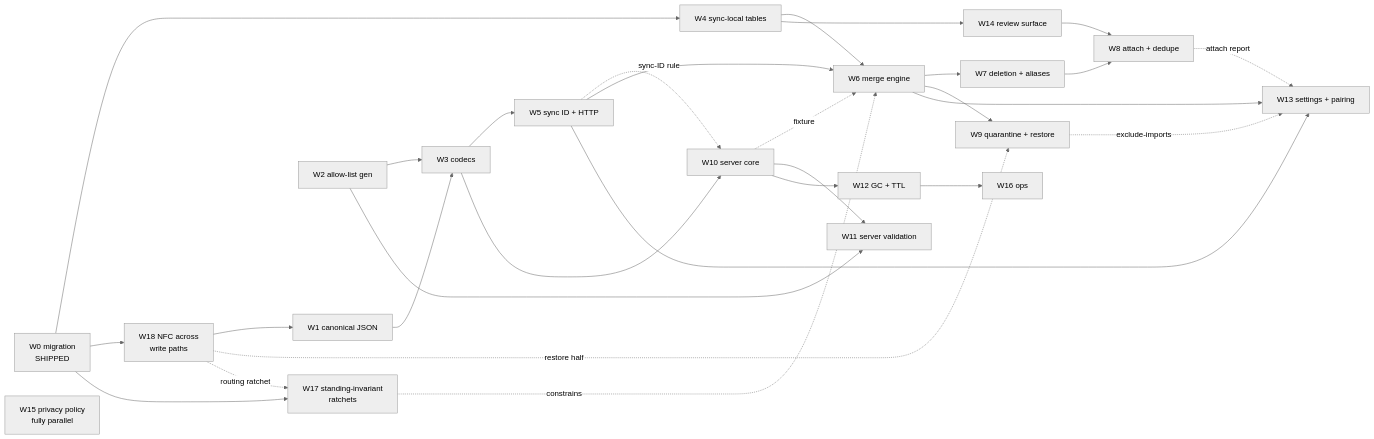
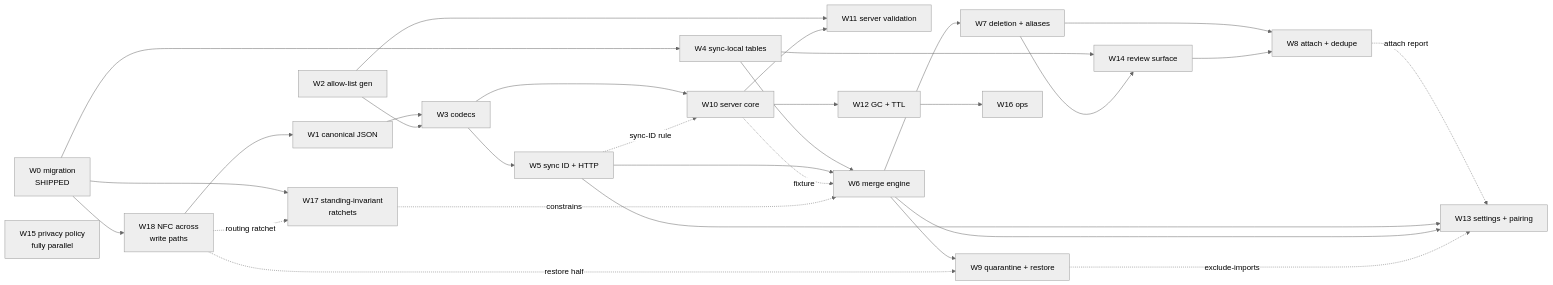
The diagram in docs/design/sync-implementation.md (ibanner56/CallersCompendium), drawn with Mermaid (neutral theme) before and after one commit. The commit also changed other lines of this file and 129 other files, not shown here.

````diff
--- a/docs/design/sync-implementation.md
+++ b/docs/design/sync-implementation.md
@@ -1315,32 +1337,33 @@
 ```mermaid
 graph LR
   W0[W0 migration<br/>SHIPPED] --> W4[W4 sync-local tables]
   W0 --> W18[W18 NFC across<br/>write paths]
   W18 --> W1[W1 canonical JSON]
   W1 --> W3[W3 codecs]
   W2[W2 allow-list gen] --> W3
   W2 --> W11[W11 server validation]
   W3 --> W5[W5 sync ID + HTTP]
   W3 --> W10[W10 server core]
   W5 -.sync-ID rule.-> W10
   W4 --> W6[W6 merge engine]
   W5 --> W6
   W10 -.fixture.-> W6
   W10 --> W11
   W10 --> W12[W12 GC + TTL]
   W6 --> W7[W7 deletion + aliases]
   W7 --> W8[W8 attach + dedupe]
   W6 --> W9[W9 quarantine + restore]
   W4 --> W14[W14 review surface]
+  W7 --> W14
   W14 --> W8
   W8 -.attach report.-> W13
   W5 --> W13[W13 settings + pairing]
   W6 --> W13
   W9 -.exclude-imports.-> W13
   W12 --> W16[W16 ops]
   W15[W15 privacy policy<br/>fully parallel]
   W17[W17 standing-invariant<br/>ratchets] -.constrains.-> W6
   W0 --> W17
   W18 -.restore half.-> W9
   W18 -.routing ratchet.-> W17
 ```
````
